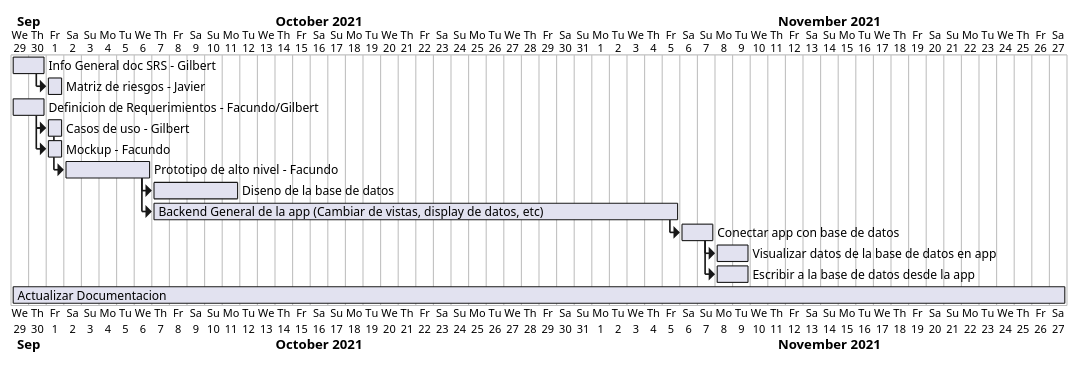
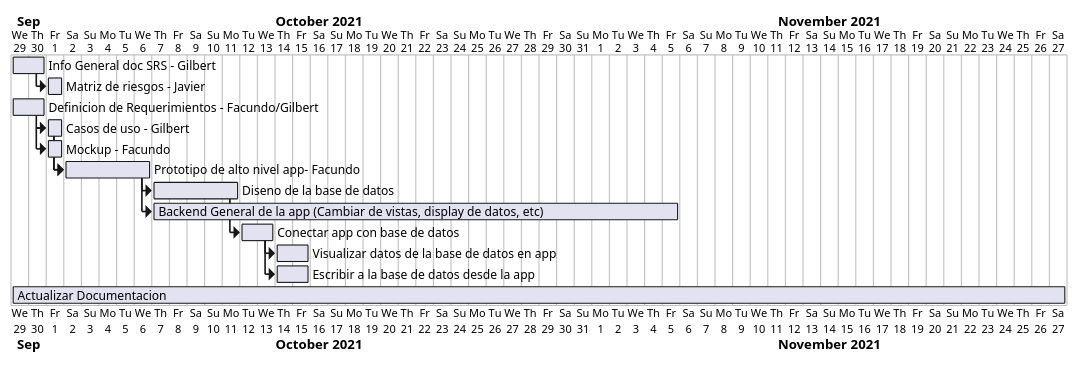
The diagram in Diagramas.md (facund015/codeRelatedObsidianNotes), drawn with PlantUML before and after one commit. The commit also changed 1 other file, not shown here.

Commit message:
vault backup: 2021-10-01 15:53:30

````diff
--- a/Diagramas.md
+++ b/Diagramas.md
@@ -1,27 +1,28 @@
 ```plantuml
 
 @startgantt
 Project starts 2021-09-29
 
 [Info General doc SRS - Gilbert] as [SRS] lasts 2 days and starts 2021-09-29
 [Matriz de riesgos - Javier] as [MR] lasts 1 days and starts at [SRS]'s end
 
 [Definicion de Requerimientos - Facundo/Gilbert] as [DR] lasts 2 day and starts 2021-09-29
 [Casos de uso - Gilbert] as [CS] lasts 1 day and starts at [DR]'s end
 [Mockup - Facundo] as [MP] lasts 1 days and starts at [CS]'s start
 
-[Prototipo de alto nivel - Facundo] as [PAN] lasts 5 days and starts at [CS]'s end
+[Prototipo de alto nivel app- Facundo] as [PAN] lasts 5 days and starts at [CS]'s end
+[Prototipo de alto nivel ] as [PAN] lasts 5 days and starts at [CS]'s end
 [Diseno de la base de datos] as [DBD] lasts 5 days and starts at [PAN]'s end
 [Backend General de la app (Cambiar de vistas, display de datos, etc)] as [BGA] lasts 30 days and starts at [PAN]'s end
 
-[Conectar app con base de datos] as [CBD] lasts 2 days and starts at [BGA]'s end
+[Conectar app con base de datos] as [CBD] lasts 2 days and starts at [DBD]'s end
 [Visualizar datos de la base de datos en app] as [VBD] lasts 2 days and starts at [CBD]'s end
 [Escribir a la base de datos desde la app] as [EBD] lasts 2 days and starts at [CBD]'s end
 
 
 [Actualizar Documentacion] as [ASRS] lasts 60 days
 @endgantt
 
 
 
 ```
````
